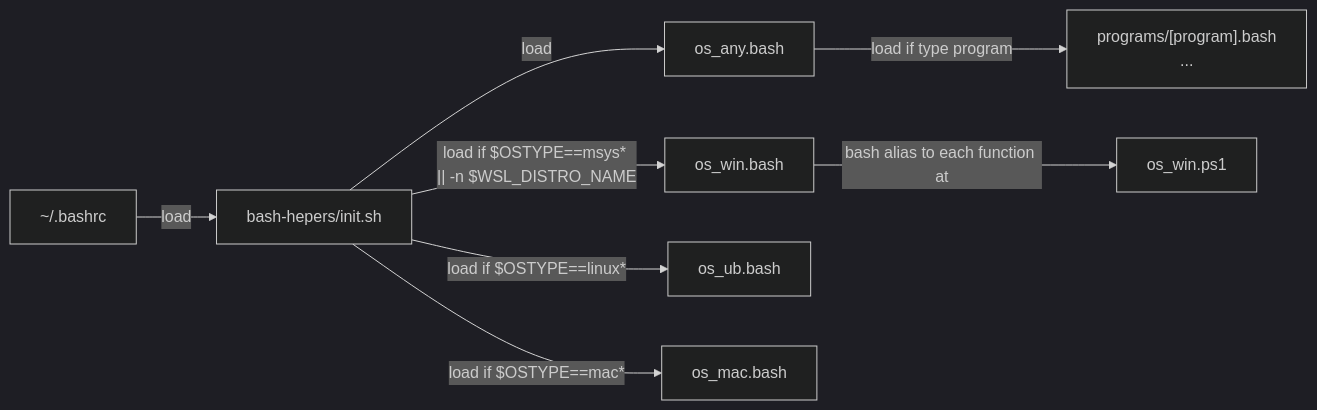
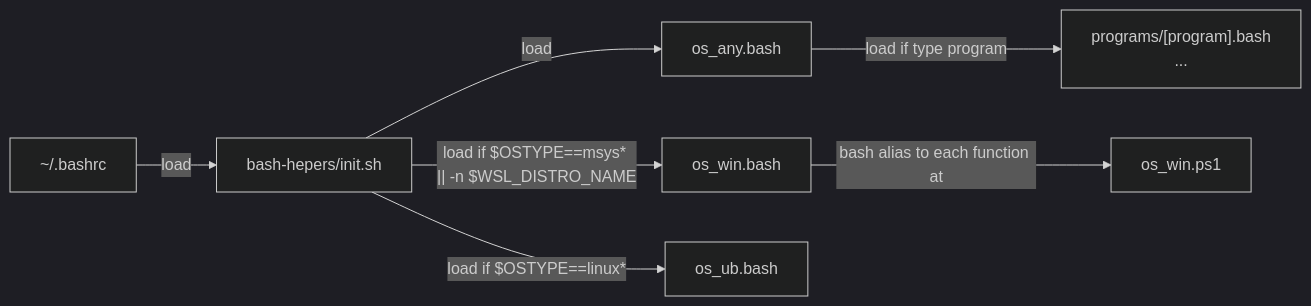
Before and after one commit to alanlivio/ps-sh-helpers: the diagram in README.md, drawn with Mermaid. The commit also changed other lines of this file and 2 other files, not shown here.

Commit message:
remove mac

````diff
--- a/README.md
+++ b/README.md
@@ -8,22 +8,20 @@
 ```mermaid
 %%{init: {'theme':'dark'}}%%
 flowchart LR
     bashrc["~/.bashrc"]
     init["bash-hepers/init.sh"]
     anyos["os_any.bash"]
     oswinps1["os_win.ps1"]
     program-dependent["
         programs/[program].bash
         ...
     "]
     win["os_win.bash"]
     ubu["os_ub.bash"]
-    mac["os_mac.bash"]
     bashrc --> |"load"| init
     init --> |"load"| anyos
     anyos --> |"load if type program"| program-dependent
     win --> |"bash alias to each function at"| oswinps1
     init --> |"load if $OSTYPE==msys* || -n $WSL_DISTRO_NAME"| win
     init --> |"load if $OSTYPE==linux*"| ubu
-    init --> |"load if $OSTYPE==mac*"| mac
 ```
````
